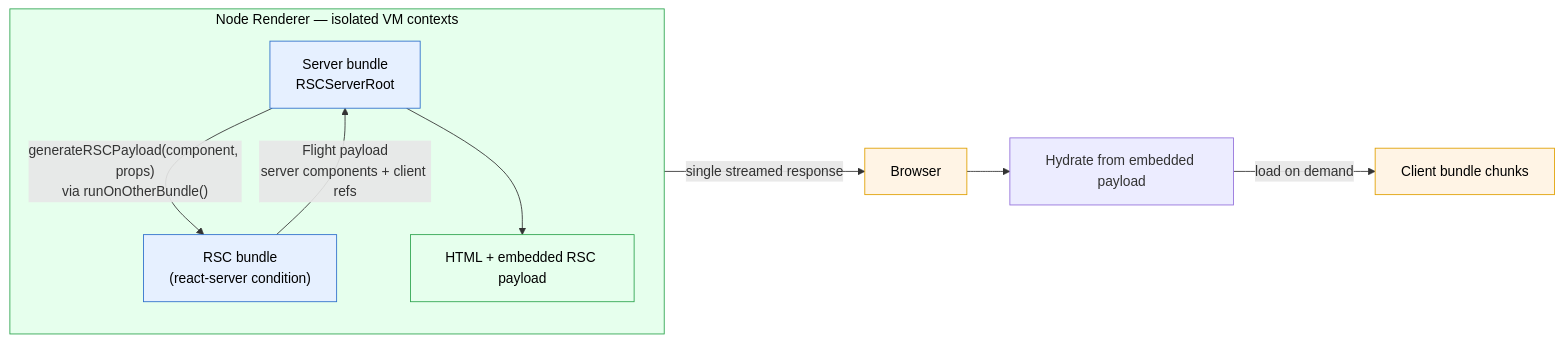
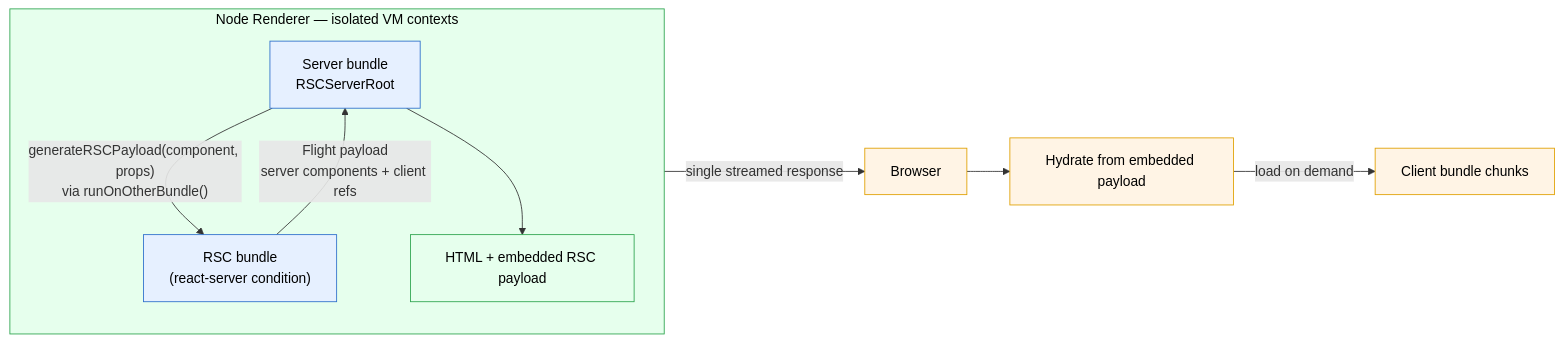
The first of 2 diagrams in docs/pro/react-server-components/rendering-flow.md (shakacode/react_on_rails), drawn with Mermaid before and after one commit. The commit also changed 1 other file, not shown here.

Commit message:
Style remaining docs diagram nodes

````diff
--- a/docs/pro/react-server-components/rendering-flow.md
+++ b/docs/pro/react-server-components/rendering-flow.md
@@ -74,18 +74,19 @@
 ```mermaid
 flowchart LR
     subgraph NodeVM["Node Renderer — isolated VM contexts"]
         direction TB
         Server["Server bundle<br/>RSCServerRoot"] -- "generateRSCPayload(component, props)<br/>via runOnOtherBundle()" --> RSC["RSC bundle<br/>(react-server condition)"]
         RSC -- "Flight payload<br/>server components + client refs" --> Server
         Server --> HTML["HTML + embedded RSC payload"]
     end
     HTML -- "single streamed response" --> Browser["Browser"]
     Browser --> Hydrate["Hydrate from embedded payload"]
     Hydrate -- "load on demand" --> Chunks["Client bundle chunks"]
     style NodeVM fill:#e6ffed,stroke:#2da44e,color:#000
     style Server fill:#e6f0ff,stroke:#2c6ecb,color:#000
     style RSC fill:#e6f0ff,stroke:#2c6ecb,color:#000
     style HTML fill:#e6ffed,stroke:#2da44e,color:#000
     style Browser fill:#fff4e5,stroke:#e0a000,color:#000
+    style Hydrate fill:#fff4e5,stroke:#e0a000,color:#000
     style Chunks fill:#fff4e5,stroke:#e0a000,color:#000
 ```
````
